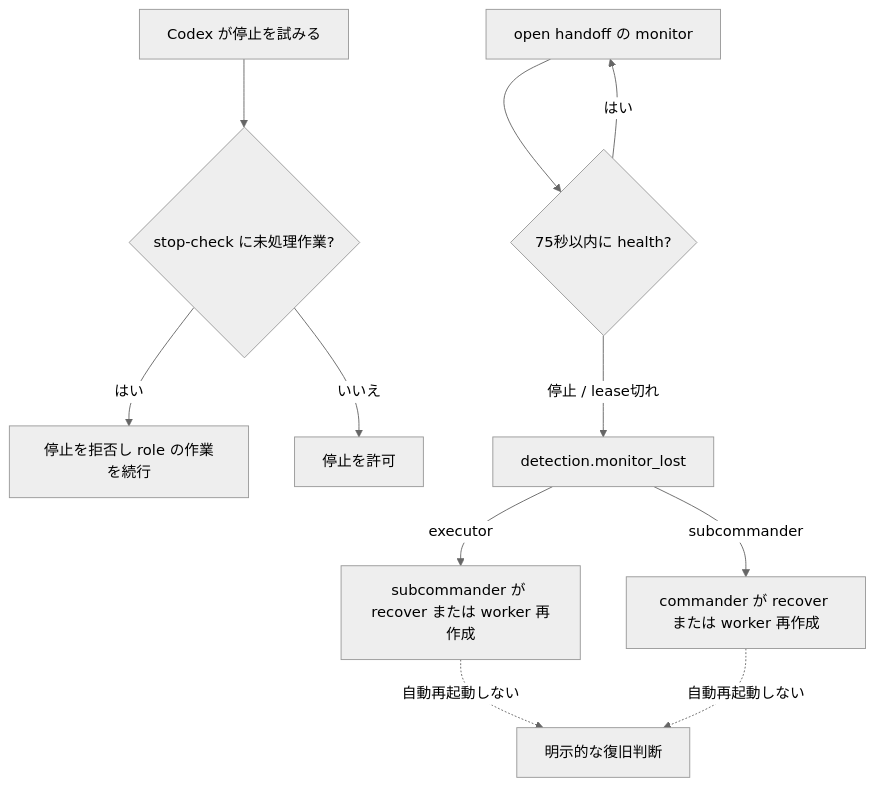
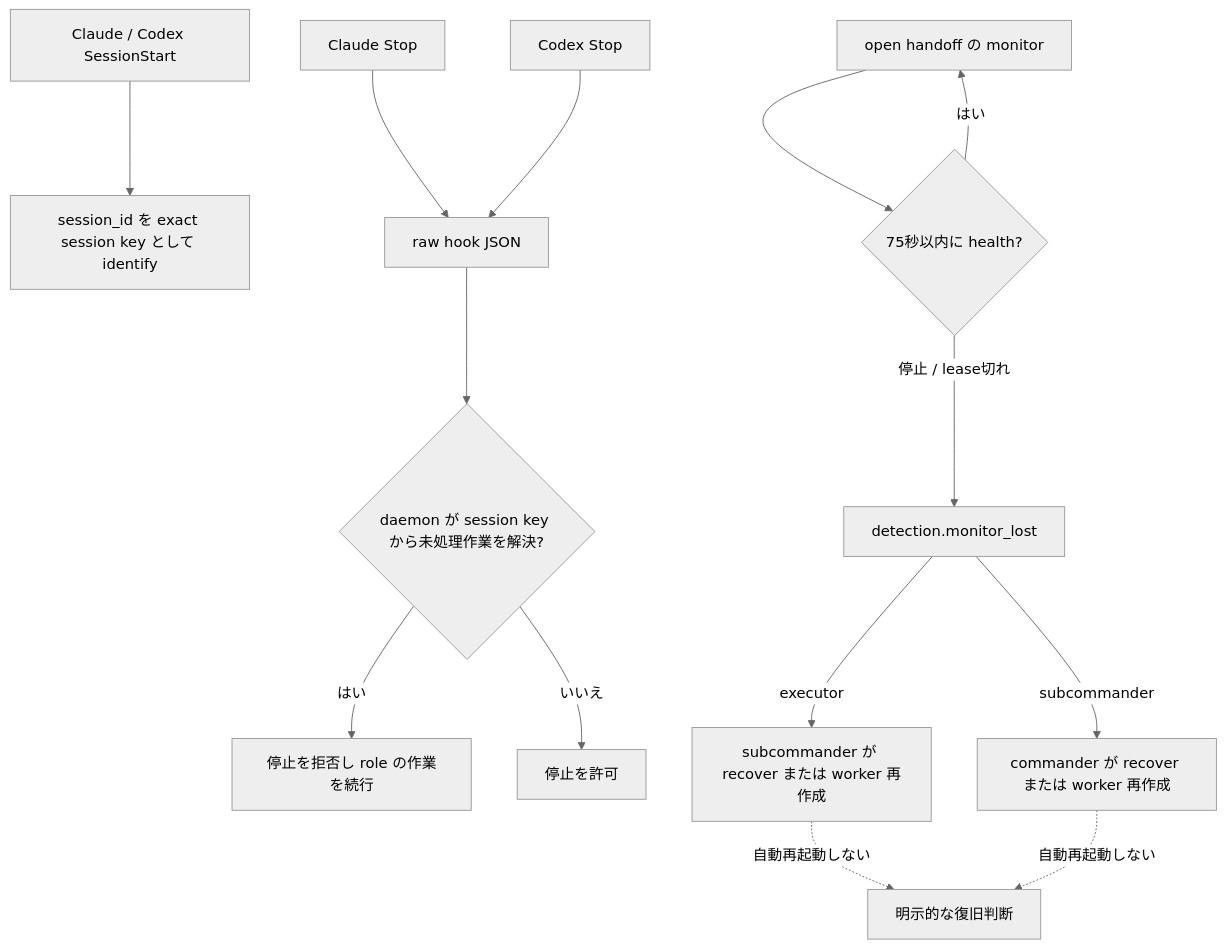
Before and after one commit to michiomochi/atct: the sixth of 6 diagrams in doc/continuous-execution.md, drawn with Mermaid (neutral theme). The commit also changed other lines of this file, not shown here.

Commit message:
docs: refresh continuous execution flow

````diff
--- a/doc/continuous-execution.md
+++ b/doc/continuous-execution.md
@@ -259,14 +271,17 @@
 ```mermaid
 flowchart TD
-    S[Codex が停止を試みる] --> C{stop-check に未処理作業?}
+    SS[Claude / Codex SessionStart] --> K[session_id を exact session key として identify]
+    CS[Claude Stop] --> I[raw hook JSON]
+    DS[Codex Stop] --> I
+    I --> C{daemon が session key から未処理作業を解決?}
     C -->|はい| B[停止を拒否し role の作業を続行]
     C -->|いいえ| E[停止を許可]
 
     M[open handoff の monitor] --> H{75秒以内に health?}
     H -->|はい| M
     H -->|停止 / lease切れ| L[detection.monitor_lost]
     L -->|executor| SC[subcommander が recover または worker 再作成]
     L -->|subcommander| CO[commander が recover または worker 再作成]
     SC -.->|自動再起動しない| R[明示的な復旧判断]
     CO -.->|自動再起動しない| R
 ```
````
